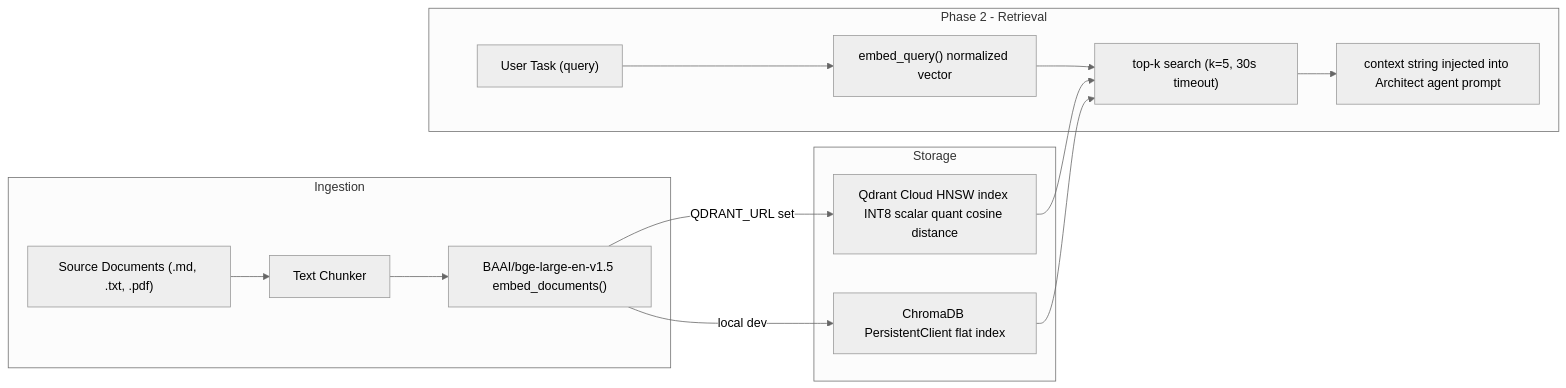
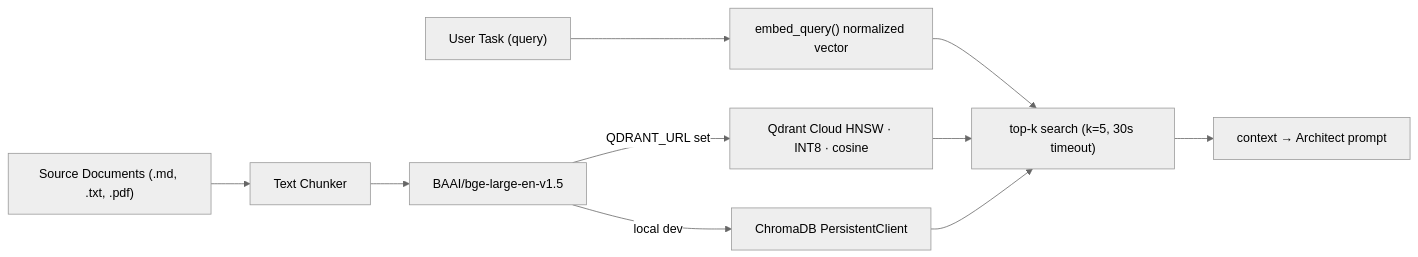
The third of 4 diagrams in README.md (cherubini-sam/agenticssdlc), drawn with Mermaid (neutral theme) before and after one commit. The commit also changed other lines of this file and 108 other files, not shown here.

````diff
--- a/README.md
+++ b/README.md
@@ -366,24 +249,20 @@
 ```mermaid
 flowchart LR
-    subgraph Ingestion
-        DOCS["Source Documents (.md, .txt, .pdf)"]
-        CHUNK["Text Chunker"]
-        EMBED_IN["BAAI/bge-large-en-v1.5 embed_documents()"]
-        DOCS --> CHUNK --> EMBED_IN
-    end
+    DOCS["Source Documents (.md, .txt, .pdf)"]
+    CHUNK["Text Chunker"]
+    EMB["BAAI/bge-large-en-v1.5"]
+    QDRANT["Qdrant Cloud HNSW · INT8 · cosine"]
+    CHROMA["ChromaDB PersistentClient"]
+    QUERY["User Task (query)"]
+    EMBED_Q["embed_query() normalized vector"]
+    TOPK["top-k search (k=5, 30s timeout)"]
+    CTX["context → Architect prompt"]
 
-    subgraph Storage
-        EMBED_IN -->|QDRANT_URL set| QDRANT["Qdrant Cloud HNSW index INT8 scalar quant cosine distance"]
-        EMBED_IN -->|local dev| CHROMA["ChromaDB PersistentClient flat index"]
-    end
-
-    subgraph Retrieval["Phase 2 - Retrieval"]
-        QUERY["User Task (query)"]
-        EMBED_Q["embed_query() normalized vector"]
-        TOPK["top-k search (k=5, 30s timeout)"]
-        QUERY --> EMBED_Q --> TOPK
-        QDRANT --> TOPK
-        CHROMA --> TOPK
-        TOPK --> CTX["context string injected into Architect agent prompt"]
-    end
+    DOCS --> CHUNK --> EMB
+    EMB -->|QDRANT_URL set| QDRANT
+    EMB -->|local dev| CHROMA
+    QUERY --> EMBED_Q --> TOPK
+    QDRANT --> TOPK
+    CHROMA --> TOPK
+    TOPK --> CTX
 ```
````
